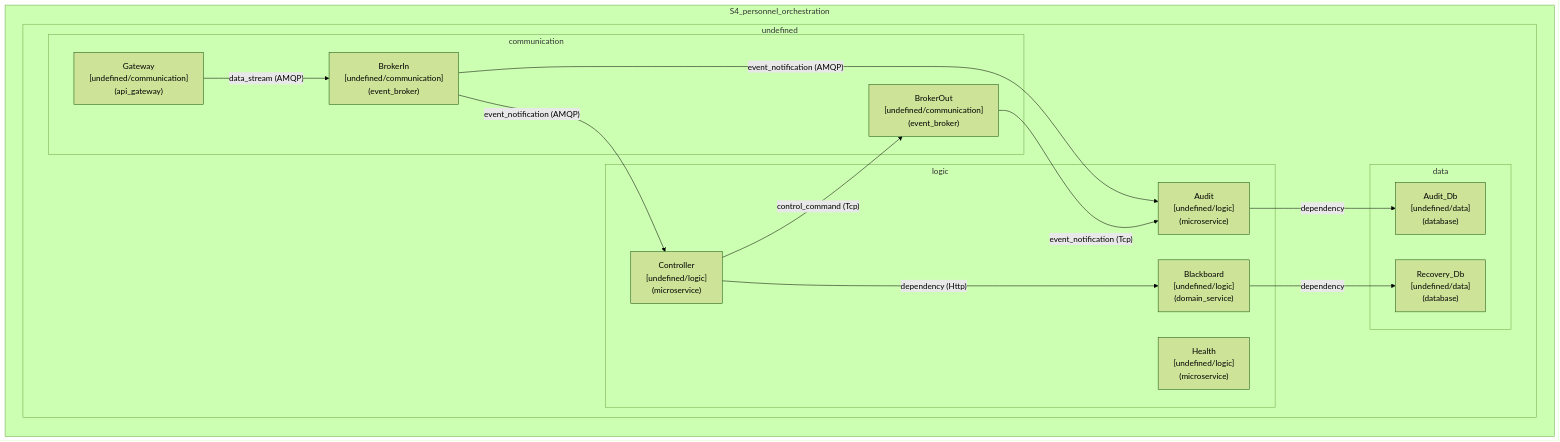
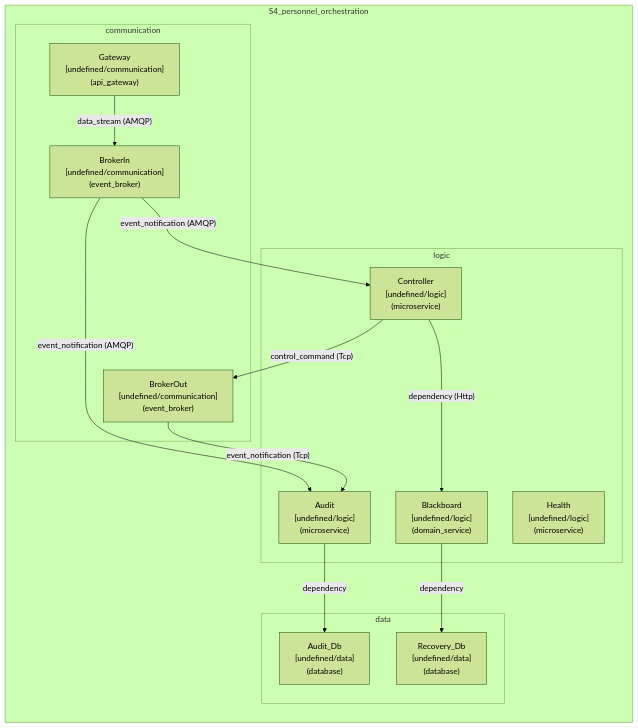
Before and after one commit to Sreyeso/NERCMS-LSSA: the fifth of 7 diagrams in diagrams.md, drawn with Mermaid (forest theme). The commit also changed 1 other file, not shown here.

Commit message:
Corrección undefined en node diagrams

````diff
--- a/diagrams.md
+++ b/diagrams.md
@@ -144,31 +144,29 @@
 ```mermaid
 graph LR
     subgraph S4_personnel_orchestration
-        subgraph S4_personnel_orchestration_undefined[undefined]
-            subgraph S4_personnel_orchestration_undefined_communication[communication]
-                Gateway["Gateway<br/>[undefined/communication]<br/>(api_gateway)"]
-                BrokerIn["BrokerIn<br/>[undefined/communication]<br/>(event_broker)"]
-                BrokerOut["BrokerOut<br/>[undefined/communication]<br/>(event_broker)"]
-            end
-            subgraph S4_personnel_orchestration_undefined_logic[logic]
-                Controller["Controller<br/>[undefined/logic]<br/>(microservice)"]
-                Blackboard["Blackboard<br/>[undefined/logic]<br/>(domain_service)"]
-                Audit["Audit<br/>[undefined/logic]<br/>(microservice)"]
-                Health["Health<br/>[undefined/logic]<br/>(microservice)"]
-            end
-            subgraph S4_personnel_orchestration_undefined_data[data]
-                Audit_Db["Audit_Db<br/>[undefined/data]<br/>(database)"]
-                Recovery_Db["Recovery_Db<br/>[undefined/data]<br/>(database)"]
-            end
+        subgraph S4_personnel_orchestration_undefined_communication[communication]
+            Gateway["Gateway<br/>[undefined/communication]<br/>(api_gateway)"]
+            BrokerIn["BrokerIn<br/>[undefined/communication]<br/>(event_broker)"]
+            BrokerOut["BrokerOut<br/>[undefined/communication]<br/>(event_broker)"]
+        end
+        subgraph S4_personnel_orchestration_undefined_logic[logic]
+            Controller["Controller<br/>[undefined/logic]<br/>(microservice)"]
+            Blackboard["Blackboard<br/>[undefined/logic]<br/>(domain_service)"]
+            Audit["Audit<br/>[undefined/logic]<br/>(microservice)"]
+            Health["Health<br/>[undefined/logic]<br/>(microservice)"]
+        end
+        subgraph S4_personnel_orchestration_undefined_data[data]
+            Audit_Db["Audit_Db<br/>[undefined/data]<br/>(database)"]
+            Recovery_Db["Recovery_Db<br/>[undefined/data]<br/>(database)"]
         end
 
     Gateway -- "data_stream (AMQP)" --> BrokerIn
     BrokerIn -- "event_notification (AMQP)" --> Controller
     BrokerIn -- "event_notification (AMQP)" --> Audit
     Controller -- "dependency (Http)" --> Blackboard
     Controller -- "control_command (Tcp)" --> BrokerOut
     Blackboard -- "dependency" --> Recovery_Db
     Audit -- "dependency" --> Audit_Db
     BrokerOut -- "event_notification (Tcp)" --> Audit
     end
 ```
````
